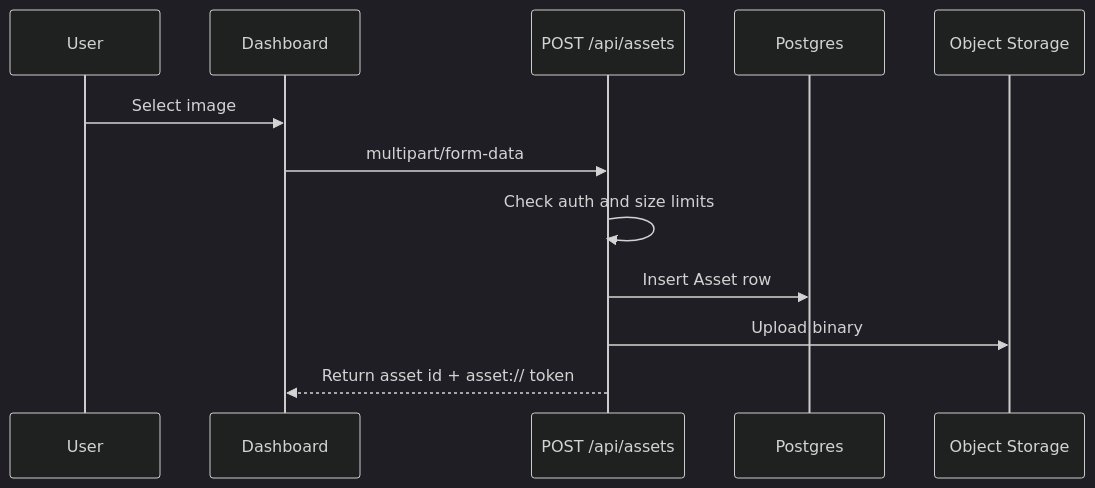
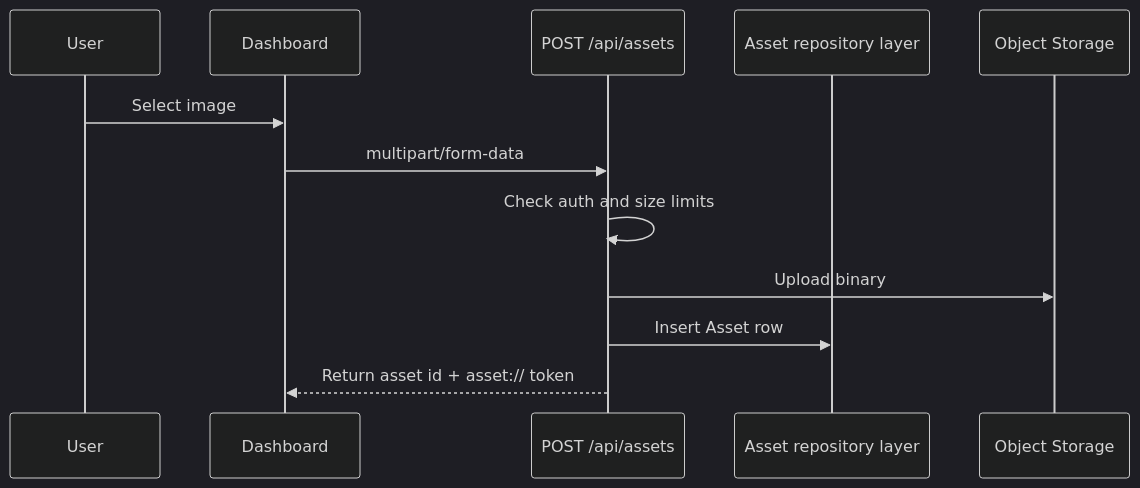
One commit to armaanx/md2pdf changed the tenth of 12 diagrams in docs/architecture-guide.md. Above: the diagram before and after it, drawn with Mermaid (dark theme). The commit also changed other lines of this file and 18 other files, not shown here.

Commit message:
docs: update setup and architecture guides

````diff
--- a/docs/architecture-guide.md
+++ b/docs/architecture-guide.md
@@ -776,15 +818,15 @@
 ```mermaid
 sequenceDiagram
   participant U as User
   participant UI as Dashboard
   participant API as POST /api/assets
-  participant DB as Postgres
+  participant DB as Asset repository layer
   participant S3 as Object Storage
 
   U->>UI: Select image
   UI->>API: multipart/form-data
   API->>API: Check auth and size limits
+  API->>S3: Upload binary
   API->>DB: Insert Asset row
-  API->>S3: Upload binary
   API-->>UI: Return asset id + asset:// token
 ```
````
